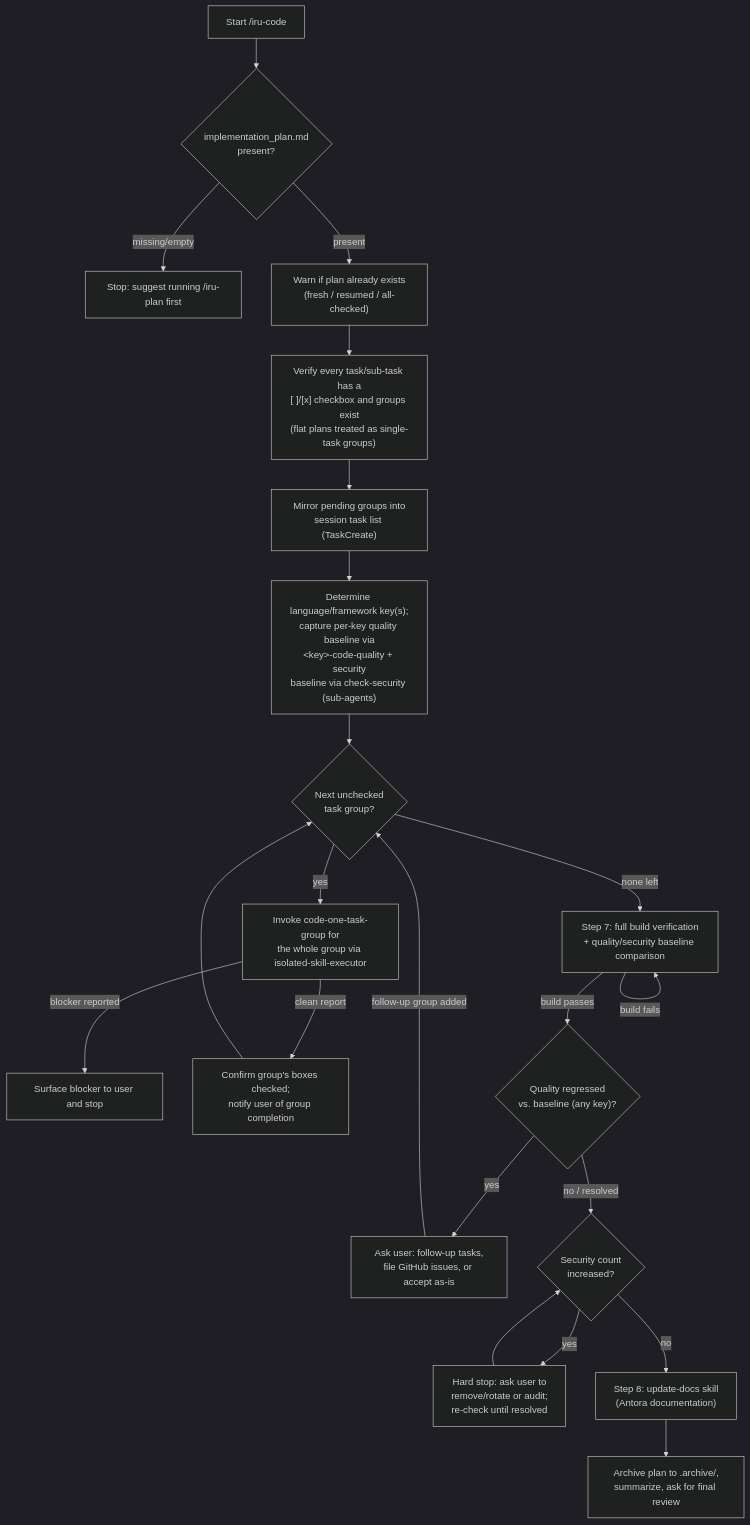
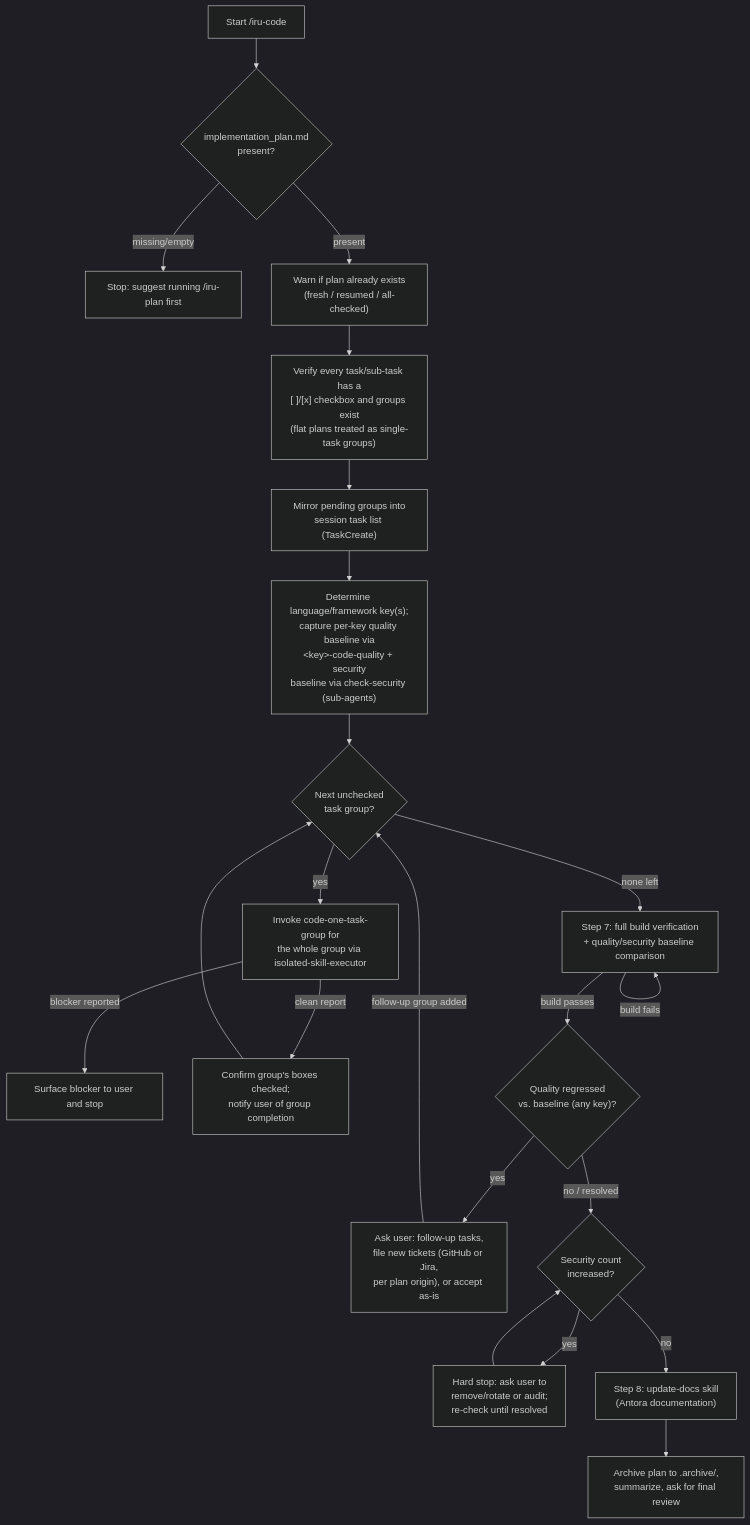
The diagram in docs/modules/ROOT/pages/skills/iru-code.adoc (albertoirurueta/ai-catalog), drawn with Mermaid (dark theme) before and after one commit. The commit also changed other lines of this file and 20 other files, not shown here.

Commit message:
Improved skills to create jira tickets and to keep track of implementation plans context

```diff
--- a/docs/modules/ROOT/pages/skills/iru-code.adoc
+++ b/docs/modules/ROOT/pages/skills/iru-code.adoc
@@ -81,25 +86,25 @@
 [mermaid]
 ....
 flowchart TD
     A[Start /iru-code] --> B{implementation_plan.md\npresent?}
     B -- missing/empty --> Z["Stop: suggest running /iru-plan first"]
     B -- present --> C["Warn if plan already exists\n(fresh / resumed / all-checked)"]
     C --> D["Verify every task/sub-task has a\n[ ]/[x] checkbox and groups exist\n(flat plans treated as single-task groups)"]
     D --> E["Mirror pending groups into\nsession task list (TaskCreate)"]
     E --> F["Determine language/framework key(s);\ncapture per-key quality baseline via\n&lt;key&gt;-code-quality + security\nbaseline via check-security (sub-agents)"]
     F --> G{Next unchecked\ntask group?}
     G -- none left --> P["Step 7: full build verification\n+ quality/security baseline comparison"]
     G -- yes --> H["Invoke code-one-task-group for\nthe whole group via isolated-skill-executor"]
     H -- blocker reported --> L["Surface blocker to user and stop"]
     H -- clean report --> M["Confirm group's boxes checked;\nnotify user of group completion"]
     M --> G
     P -- build fails --> P
     P -- build passes --> Q{"Quality regressed\nvs. baseline (any key)?"}
-    Q -- yes --> R["Ask user: follow-up tasks,\nfile GitHub issues, or accept as-is"]
+    Q -- yes --> R["Ask user: follow-up tasks,\nfile new tickets (GitHub or Jira,\nper plan origin), or accept as-is"]
     R -- follow-up group added --> G
     Q -- no / resolved --> S{Security count\nincreased?}
     S -- yes --> T["Hard stop: ask user to\nremove/rotate or audit;\nre-check until resolved"]
     T --> S
     S -- no --> U["Step 8: update-docs skill\n(Antora documentation)"]
     U --> V["Archive plan to .archive/,\nsummarize, ask for final review"]
 ....
```
